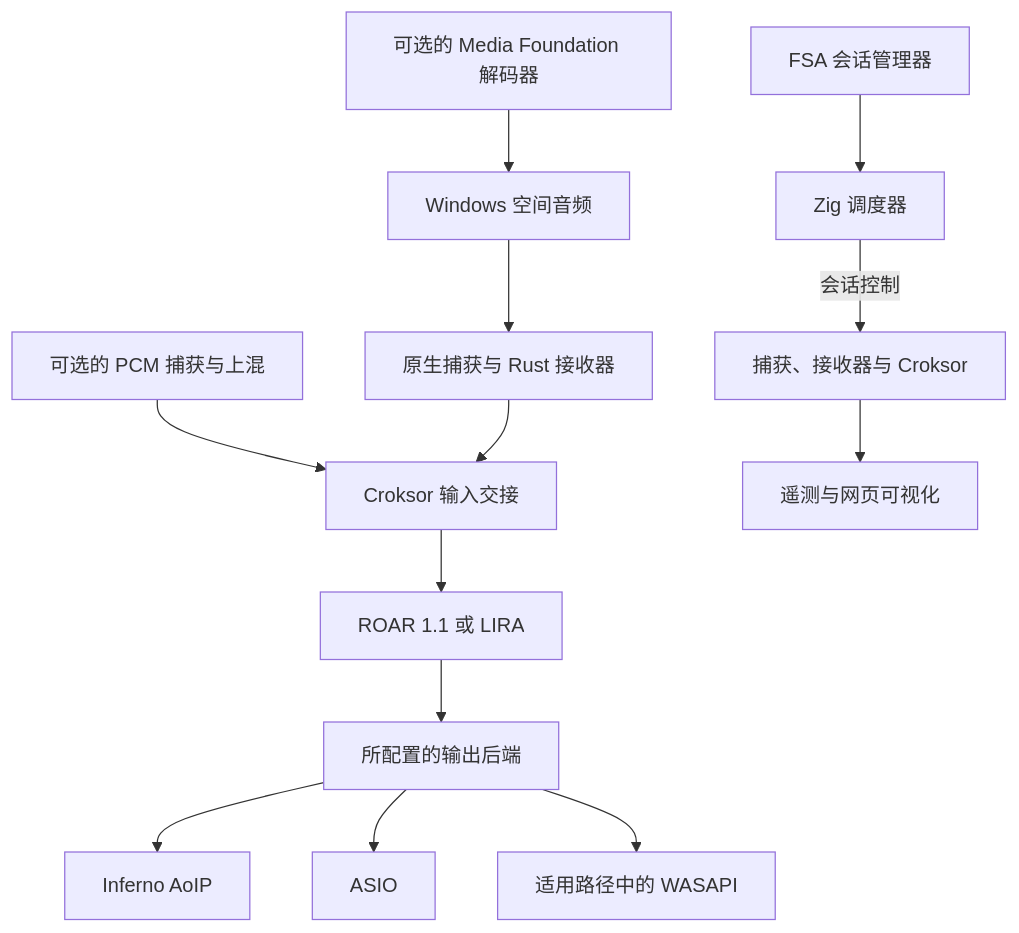
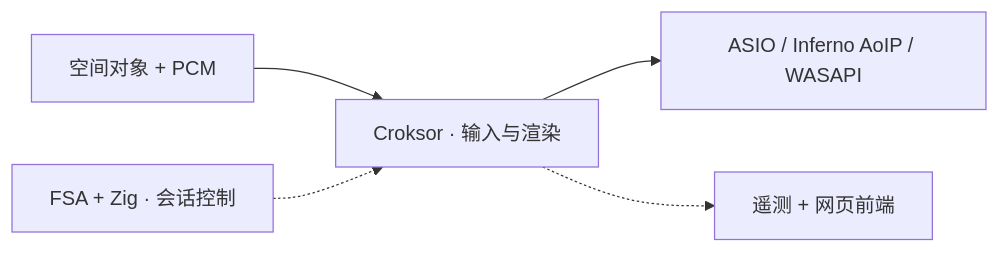
One commit to BestGreed/NativeSpatialPipe changed the diagram in README.zh-CN.md. Above: the diagram before and after it, drawn with Mermaid. The commit also changed other lines of this file and 3 other files, not shown here.

````diff
--- a/README.zh-CN.md
+++ b/README.zh-CN.md
@@ -13,15 +51,7 @@
 ```mermaid
-flowchart TD
-    FSA["FSA 会话管理器"] --> Zig["Zig 调度器"]
-    Zig -->|"会话控制"| Runtime["捕获、接收器与 Croksor"]
-    Spatial["Windows 空间音频"] --> Capture["原生捕获与 Rust 接收器"]
-    Media["可选的 Media Foundation 解码器"] --> Spatial
-    PCM["可选的 PCM 捕获与上混"] --> Mix["Croksor 输入交接"]
-    Capture --> Mix
-    Mix --> Render["ROAR 1.1 或 LIRA"]
-    Render --> Output["所配置的输出后端"]
-    Output --> AoIP["Inferno AoIP"]
-    Output --> ASIO["ASIO"]
-    Output --> WASAPI["适用路径中的 WASAPI"]
-    Runtime --> Telemetry["遥测与网页可视化"]
+flowchart LR
+    Input["空间对象 + PCM"] --> Croksor["Croksor · 输入与渲染"]
+    Croksor --> Output["ASIO / Inferno AoIP / WASAPI"]
+    FSA["FSA + Zig · 会话控制"] -.-> Croksor
+    Croksor -.-> Web["遥测 + 网页前端"]
 ```
````
